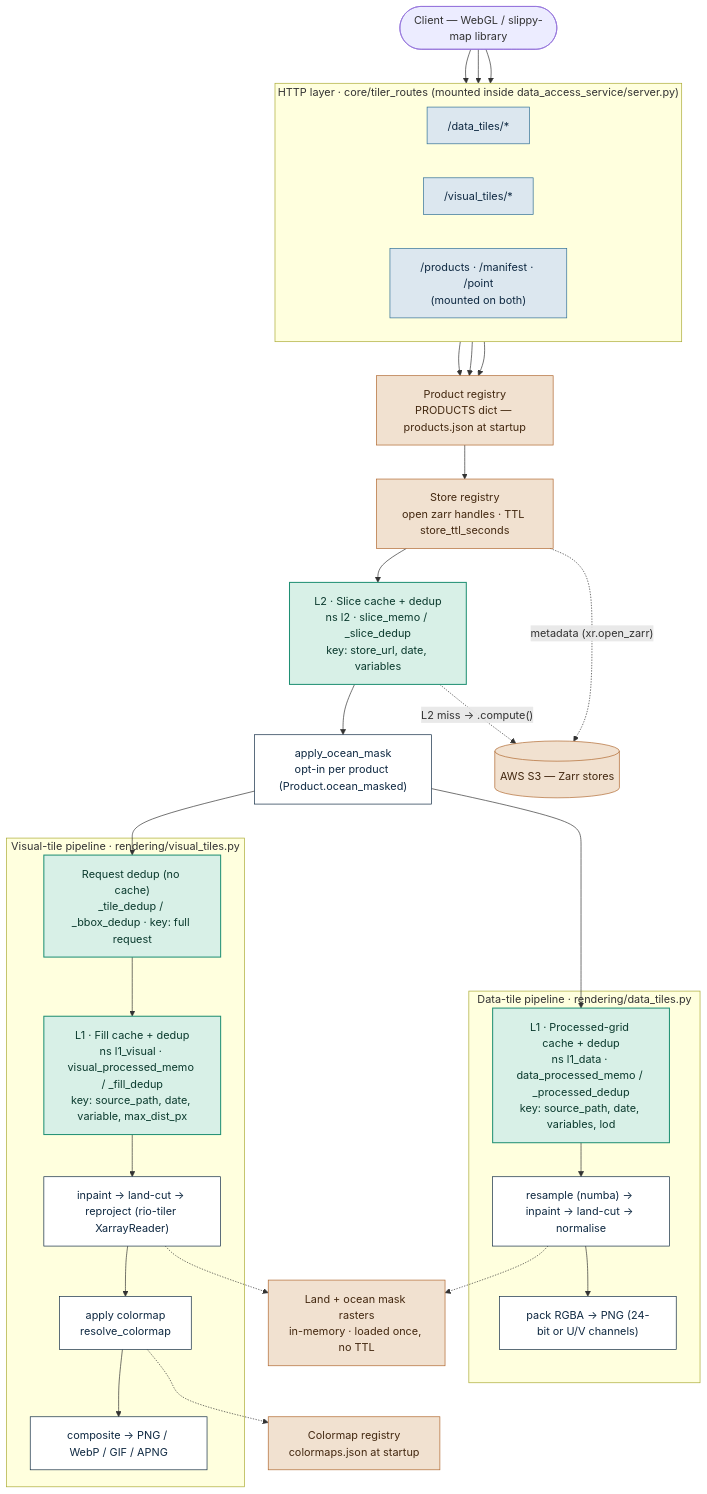
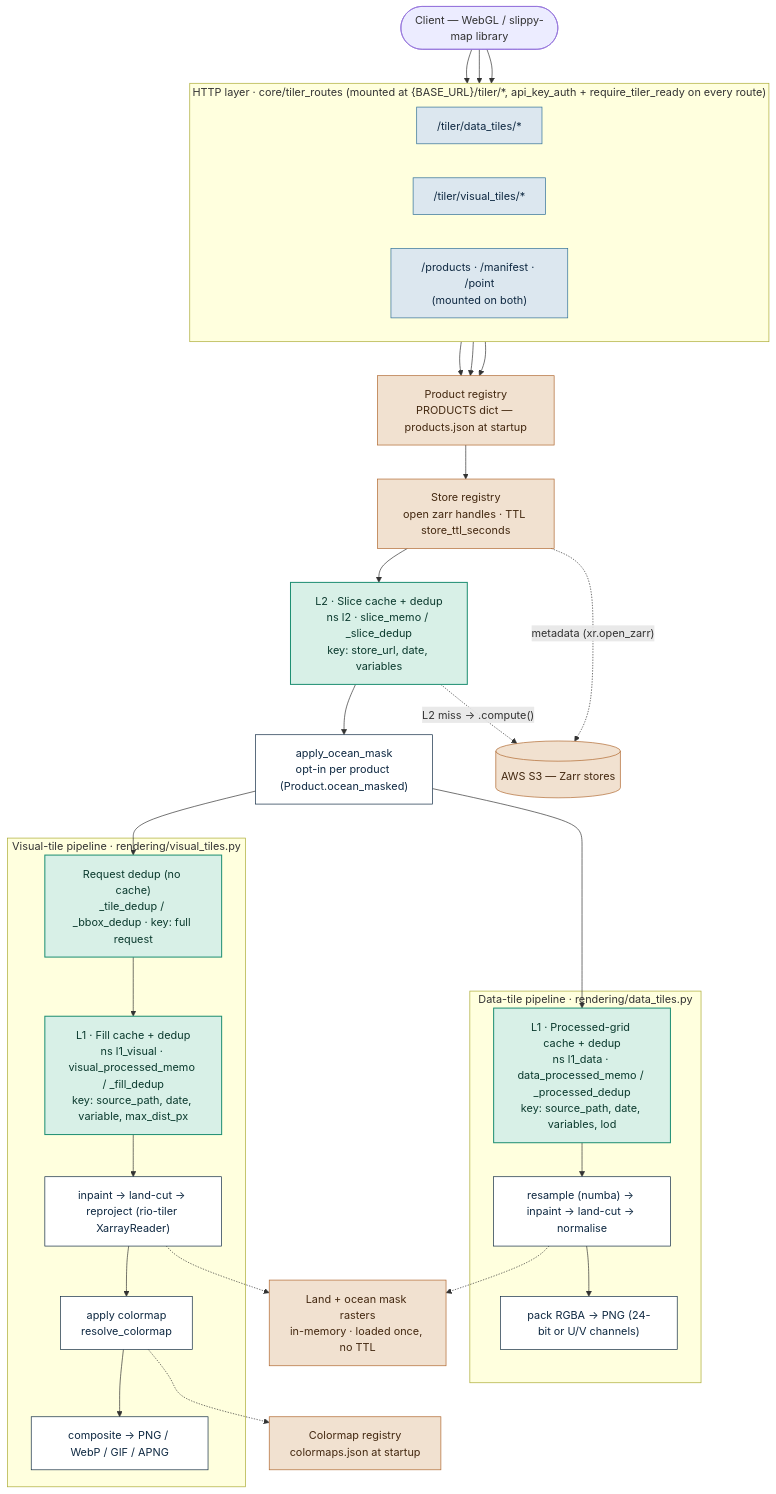
The diagram in data_access_service/tiler/technical.md (aodn/data-access-service), drawn with Mermaid before and after one commit. The commit also changed other lines of this file and 3 other files, not shown here.

````diff
--- a/data_access_service/tiler/technical.md
+++ b/data_access_service/tiler/technical.md
@@ -72,67 +72,67 @@
 ```mermaid
 flowchart TD
     client(["Client — WebGL / slippy-map library"])
 
-    subgraph ROUTERS["HTTP layer  ·  core/tiler_routes  (mounted inside data_access_service/server.py)"]
+    subgraph ROUTERS["HTTP layer  ·  core/tiler_routes  (mounted at {BASE_URL}/tiler/*, api_key_auth + require_tiler_ready on every route)"]
         direction LR
-        dtRouter["/data_tiles/*"]
-        vtRouter["/visual_tiles/*"]
+        dtRouter["/tiler/data_tiles/*"]
+        vtRouter["/tiler/visual_tiles/*"]
         prodRouter["/products · /manifest · /point<br/>(mounted on both)"]
     end
 
     client --> dtRouter
     client --> vtRouter
     client --> prodRouter
 
     registry["Product registry<br/>PRODUCTS dict — products.json at startup"]
     dtRouter --> registry
     vtRouter --> registry
     prodRouter --> registry
 
     storeReg["Store registry<br/>open zarr handles · TTL store_ttl_seconds"]
     registry --> storeReg
 
     sliceCache["L2 · Slice cache + dedup<br/>ns l2 · slice_memo / _slice_dedup<br/>key: store_url, date, variables"]
     storeReg --> sliceCache
     oceanMask["apply_ocean_mask<br/>opt-in per product (Product.ocean_masked)"]
     sliceCache --> oceanMask
 
     subgraph DT["Data-tile pipeline  ·  rendering/data_tiles.py"]
         dtCache["L1 · Processed-grid cache + dedup<br/>ns l1_data · data_processed_memo / _processed_dedup<br/>key: source_path, date, variables, lod"]
         dtCompute["resample (numba) → inpaint → land-cut → normalise"]
         dtPng["pack RGBA → PNG (24-bit or U/V channels)"]
         dtCache --> dtCompute --> dtPng
     end
     oceanMask --> dtCache
 
     subgraph VT["Visual-tile pipeline  ·  rendering/visual_tiles.py"]
         vtReqDedup["Request dedup (no cache)<br/>_tile_dedup / _bbox_dedup · key: full request"]
         vtFillCache["L1 · Fill cache + dedup<br/>ns l1_visual · visual_processed_memo / _fill_dedup<br/>key: source_path, date, variable, max_dist_px"]
         vtCompute["inpaint → land-cut → reproject (rio-tiler XarrayReader)"]
         vtColor["apply colormap<br/>resolve_colormap"]
         vtEncode["composite → PNG / WebP / GIF / APNG"]
         vtReqDedup --> vtFillCache --> vtCompute --> vtColor --> vtEncode
     end
     oceanMask --> vtReqDedup
 
     landMask["Land + ocean mask rasters<br/>in-memory · loaded once, no TTL"]
     dtCompute -.-> landMask
     vtCompute -.-> landMask
 
     colormapReg["Colormap registry<br/>colormaps.json at startup"]
     vtColor -.-> colormapReg
 
     s3[("AWS S3 — Zarr stores")]
     storeReg -. "metadata (xr.open_zarr)" .-> s3
     sliceCache -. "L2 miss → .compute()" .-> s3
 
     classDef router fill:#DCE7EF,stroke:#2E6E96,color:#0F2942,stroke-width:1px;
     classDef staticNode fill:#F1E1D0,stroke:#B0672E,color:#432810,stroke-width:1px;
     classDef cacheNode fill:#D8F0E7,stroke:#1F8F73,color:#0B3A2E,stroke-width:1.5px;
     classDef processNode fill:#FFFFFF,stroke:#0F2942,color:#0F2942,stroke-width:1px;
 
     class dtRouter,vtRouter,prodRouter router
     class registry,storeReg,landMask,colormapReg,s3 staticNode
     class sliceCache,dtCache,vtFillCache,vtReqDedup cacheNode
     class oceanMask,dtCompute,dtPng,vtCompute,vtColor,vtEncode processNode
 ```
````
